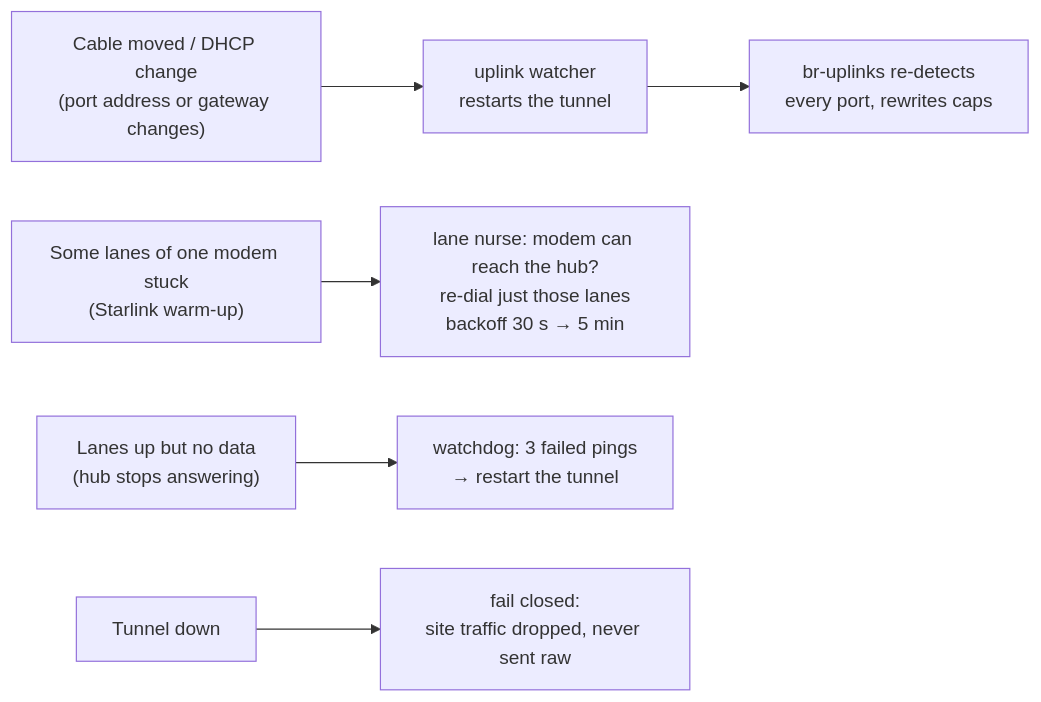
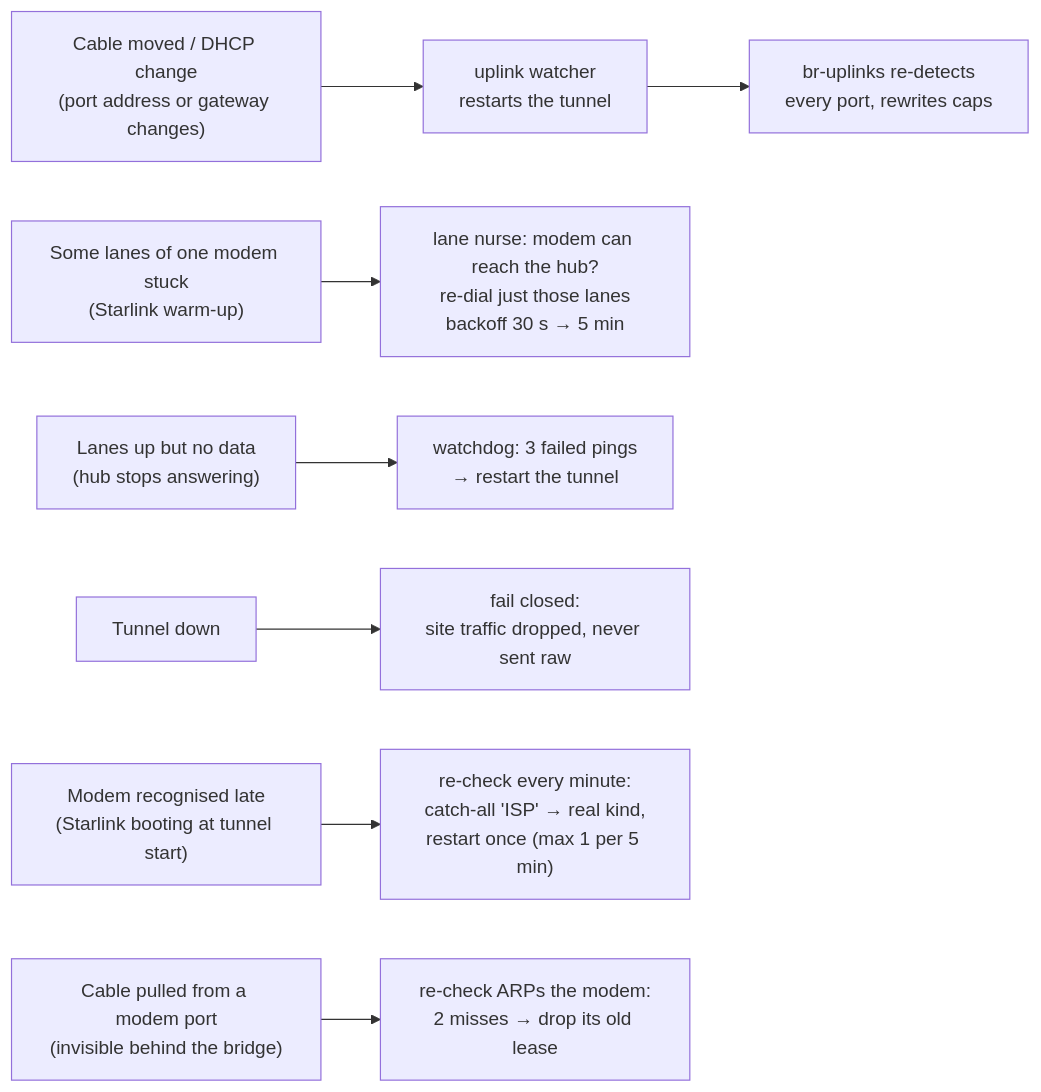
The eighth of 12 diagrams in survivability/multipath/docs/diagrams.md (JakeTheSnake0245/black-relay-2026), drawn with Mermaid before and after one commit. The commit also changed other lines of this file and 9 other files, not shown here.

First line of the commit message:
Docs: diagrams PDF, current architecture and diagrams

````diff
--- a/survivability/multipath/docs/diagrams.md
+++ b/survivability/multipath/docs/diagrams.md
@@ -160,7 +162,9 @@
 ```mermaid
 flowchart LR
   A["Cable moved / DHCP change<br/>(port address or gateway changes)"] --> W["uplink watcher<br/>restarts the tunnel"] --> D["br-uplinks re-detects<br/>every port, rewrites caps"]
   B["Some lanes of one modem stuck<br/>(Starlink warm-up)"] --> N["lane nurse: modem can reach the hub?<br/>re-dial just those lanes<br/>backoff 30 s → 5 min"]
   C["Lanes up but no data<br/>(hub stops answering)"] --> G["watchdog: 3 failed pings<br/>→ restart the tunnel"]
   E["Tunnel down"] --> F["fail closed:<br/>site traffic dropped, never sent raw"]
+  H["Modem recognised late<br/>(Starlink booting at tunnel start)"] --> R["re-check every minute:<br/>catch-all 'ISP' → real kind,<br/>restart once (max 1 per 5 min)"]
+  I["Cable pulled from a modem port<br/>(invisible behind the bridge)"] --> J["re-check ARPs the modem:<br/>2 misses → drop its old lease"]
 ```
````
